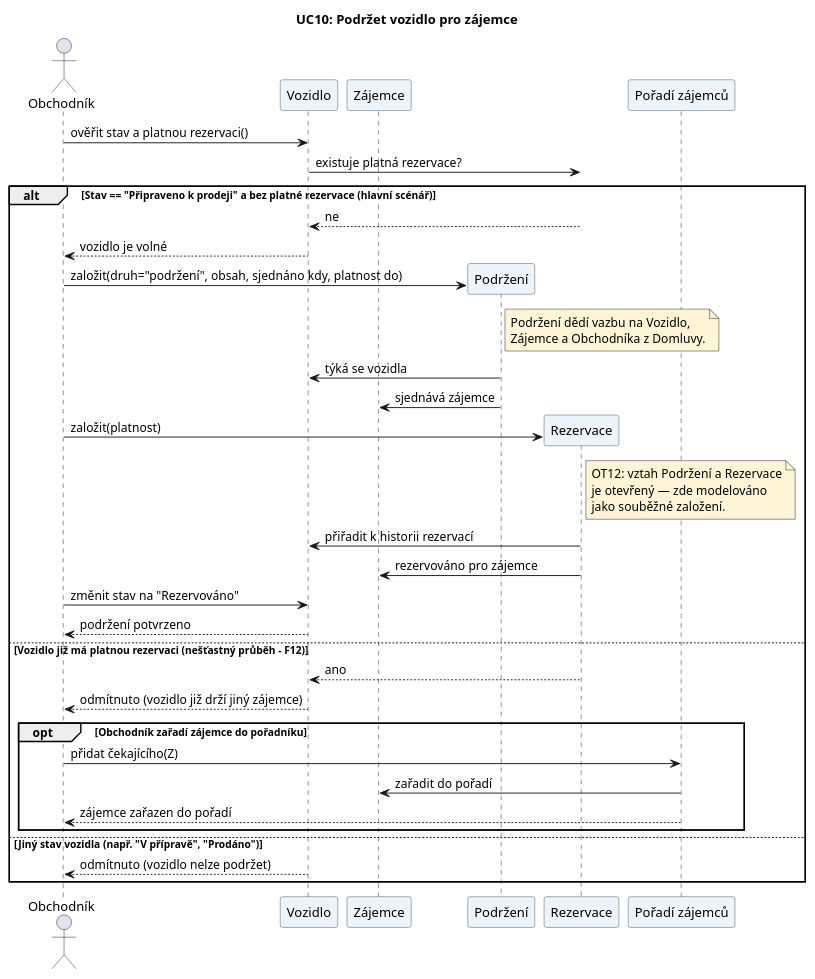
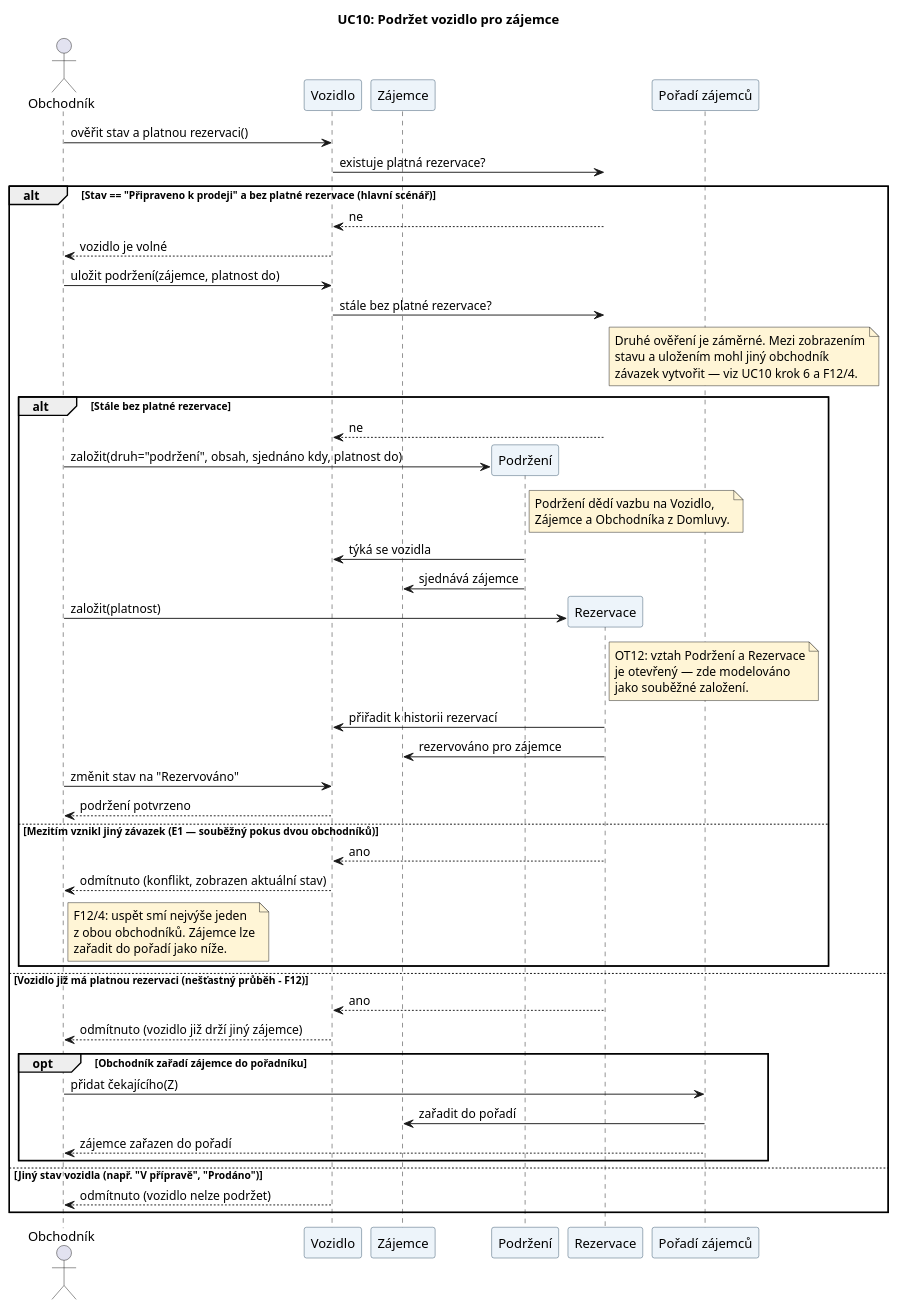
Before and after one commit to Svoby25/is_autobazar: the diagram in diagrams/seq-uc10-podrzet-vozidlo.puml, drawn with PlantUML. The commit also changed 5 other files, not shown here.

First line of the commit message:
Doplněno druhé ověření rezervace do sekvence UC10 (#21)

```diff
--- a/diagrams/seq-uc10-podrzet-vozidlo.puml
+++ b/diagrams/seq-uc10-podrzet-vozidlo.puml
@@ -1,58 +1,79 @@
 @startuml
-' v0.1 | 2026-11-19 | Návrh s pomocí AI; kontrola týmem čeká.
-' Scénář: 04-pripady-uziti/ — UC10 Podržet vozidlo pro zájemce (F11, F12, N5)
+' v0.2 | 2026-11-23 | Doplněno druhé ověření rezervace při ukládání (E1, F12/4).
+' Scénář: ../04-pripady-uziti/uc10-podrzet-vozidlo.md — hlavní scénář a E1 (F11, F12, N5)
 title UC10: Podržet vozidlo pro zájemce
 skinparam defaultFontName Arial
 skinparam shadowing false
 skinparam sequenceParticipantBackgroundColor #EDF4FA
 skinparam sequenceParticipantBorderColor #35536B
 skinparam NoteBackgroundColor #FFF5D6
 
 actor "Obchodník" as O
 participant "Vozidlo" as V
 participant "Zájemce" as Z
 participant "Podržení" as P
 participant "Rezervace" as R
 participant "Pořadí zájemců" as PO
 
 O -> V : ověřit stav a platnou rezervaci()
 V -> R : existuje platná rezervace?
 
 alt Stav == "Připraveno k prodeji" a bez platné rezervace (hlavní scénář)
   R --> V : ne
   V --> O : vozidlo je volné
 
-  O -> P ** : založit(druh="podržení", obsah, sjednáno kdy, platnost do)
-  note right of P
-    Podržení dědí vazbu na Vozidlo,
-    Zájemce a Obchodníka z Domluvy.
+  O -> V : uložit podržení(zájemce, platnost do)
+  V -> R : stále bez platné rezervace?
+  note right of R
+    Druhé ověření je záměrné. Mezi zobrazením
+    stavu a uložením mohl jiný obchodník
+    závazek vytvořit — viz UC10 krok 6 a F12/4.
   end note
-  P -> V : týká se vozidla
-  P -> Z : sjednává zájemce
 
-  O -> R ** : založit(platnost)
-  note right of R
-    OT12: vztah Podržení a Rezervace
-    je otevřený — zde modelováno
-    jako souběžné založení.
-  end note
-  R -> V : přiřadit k historii rezervací
-  R -> Z : rezervováno pro zájemce
+  alt Stále bez platné rezervace
+    R --> V : ne
 
-  O -> V : změnit stav na "Rezervováno"
-  V --> O : podržení potvrzeno
+    O -> P ** : založit(druh="podržení", obsah, sjednáno kdy, platnost do)
+    note right of P
+      Podržení dědí vazbu na Vozidlo,
+      Zájemce a Obchodníka z Domluvy.
+    end note
+    P -> V : týká se vozidla
+    P -> Z : sjednává zájemce
+
+    O -> R ** : založit(platnost)
+    note right of R
+      OT12: vztah Podržení a Rezervace
+      je otevřený — zde modelováno
+      jako souběžné založení.
+    end note
+    R -> V : přiřadit k historii rezervací
+    R -> Z : rezervováno pro zájemce
+
+    O -> V : změnit stav na "Rezervováno"
+    V --> O : podržení potvrzeno
+
+  else Mezitím vznikl jiný závazek (E1 — souběžný pokus dvou obchodníků)
+    R --> V : ano
+    V --> O : odmítnuto (konflikt, zobrazen aktuální stav)
+    note right of O
+      F12/4: uspět smí nejvýše jeden
+      z obou obchodníků. Zájemce lze
+      zařadit do pořadí jako níže.
+    end note
+  end
 
 else Vozidlo již má platnou rezervaci (nešťastný průběh – F12)
   R --> V : ano
   V --> O : odmítnuto (vozidlo již drží jiný zájemce)
 
   opt Obchodník zařadí zájemce do pořadníku
     O -> PO : přidat čekajícího(Z)
     PO -> Z : zařadit do pořadí
     PO --> O : zájemce zařazen do pořadí
   end
 
 else Jiný stav vozidla (např. "V přípravě", "Prodáno")
   V --> O : odmítnuto (vozidlo nelze podržet)
 end
 @enduml
```
